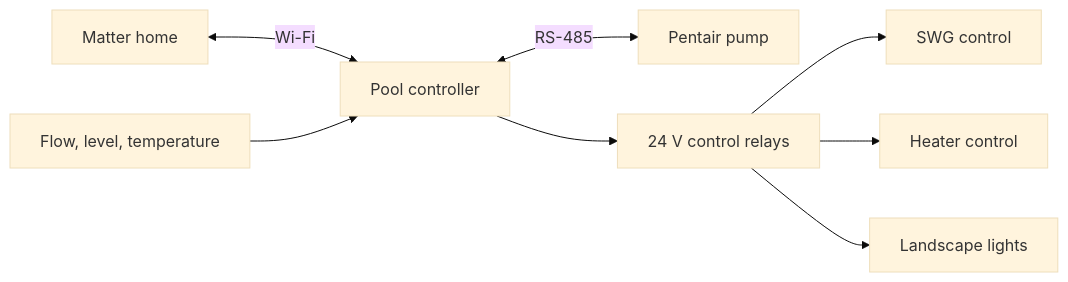
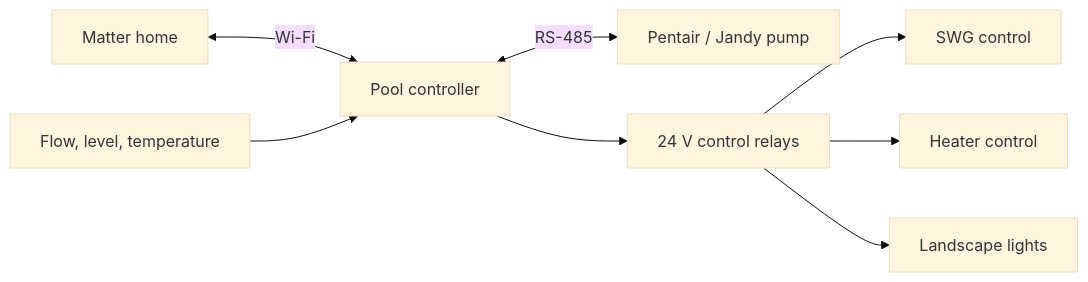
The diagram in README.md (evantobin/matter-pool-controller), drawn with Mermaid (base theme) before and after one commit. The commit also changed other lines of this file, not shown here.

Commit message:
Update README: Jandy support, cloud edition features table, pump protocol section

````diff
--- a/README.md
+++ b/README.md
@@ -33,10 +39,10 @@
 ```mermaid
 flowchart LR
   Home["Matter home"] <-->|"Wi-Fi"| Bridge["Pool controller"]
-  Bridge <-->|"RS-485"| Pump["Pentair pump"]
+  Bridge <-->|"RS-485"| Pump["Pentair / Jandy pump"]
   Sensors["Flow, level, temperature"] --> Bridge
   Bridge --> Relays["24 V control relays"]
   Relays --> Swg["SWG control"]
   Relays --> Heater["Heater control"]
   Relays --> Lights["Landscape lights"]
 ```
````
